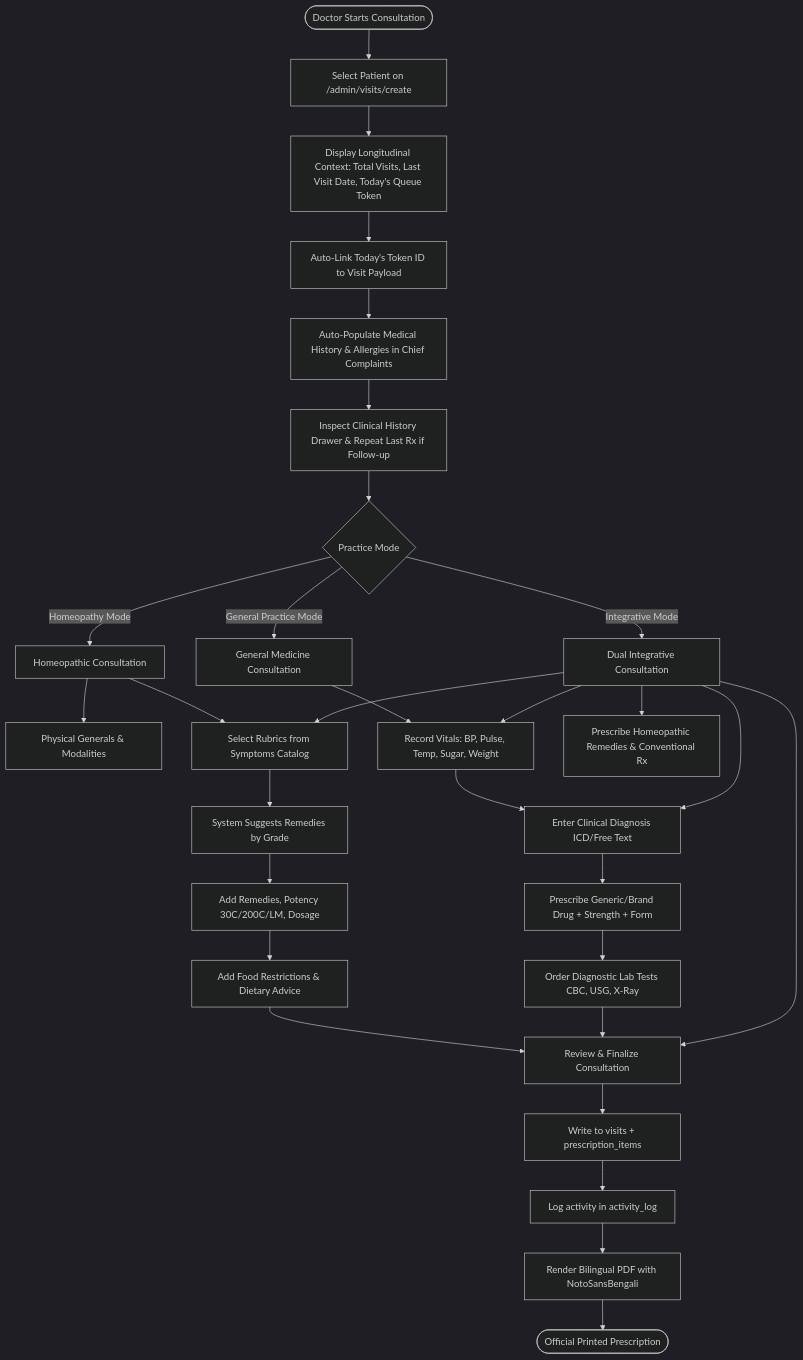
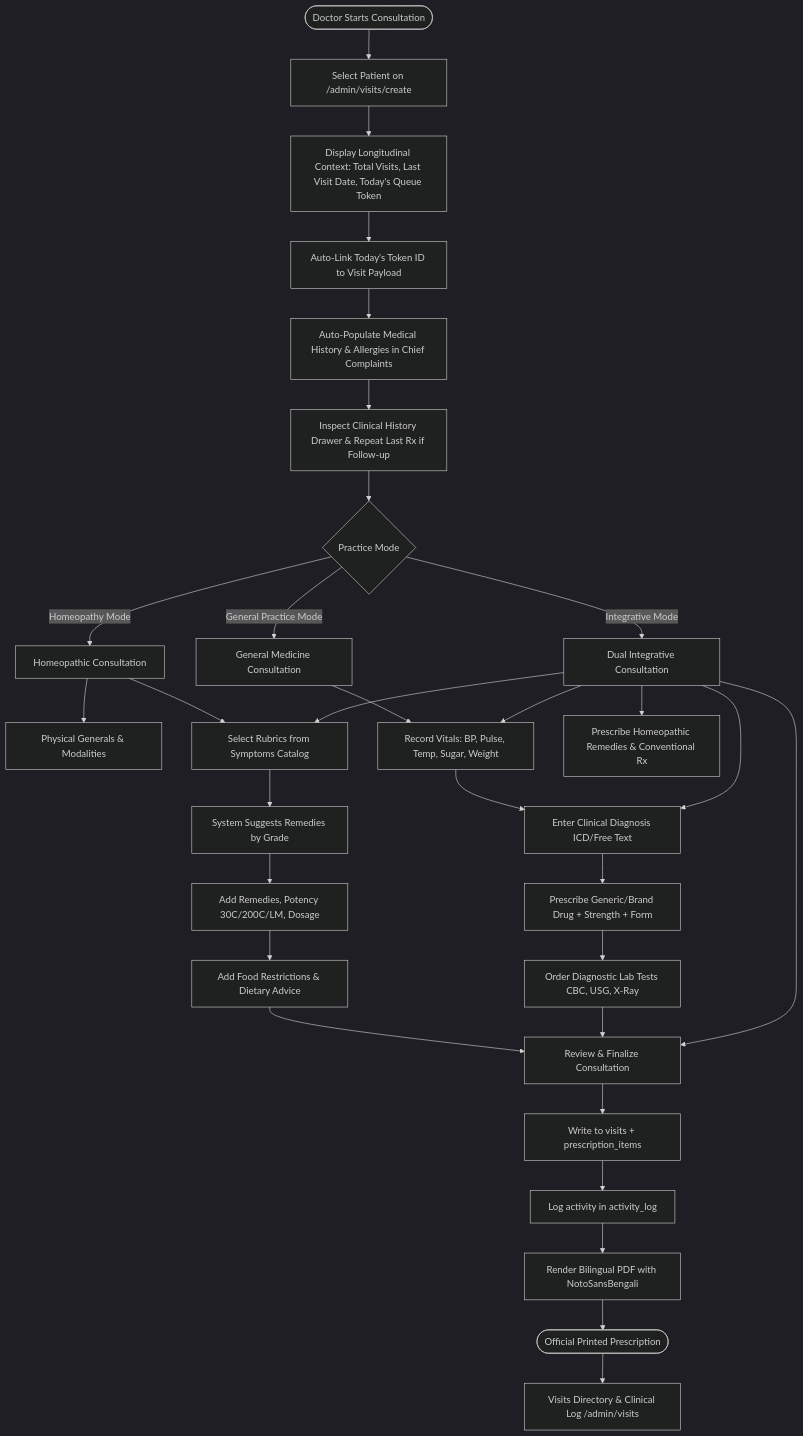
The third of 11 diagrams in 02_AppFlow.md (SH4RTH4K/Clinic-System), drawn with Mermaid (dark theme) before and after one commit. The commit also changed other lines of this file and 222 other files, not shown here.

Commit message:
feat(visits): implement visits directory search, quick filters, KPIs, mobile cards, and CSV export

````diff
--- a/02_AppFlow.md
+++ b/02_AppFlow.md
@@ -92,40 +92,41 @@
 ```mermaid
 flowchart TD
     StartConsult([Doctor Starts Consultation]) --> SelectPat[Select Patient on /admin/visits/create]
     SelectPat --> LongContext[Display Longitudinal Context: Total Visits, Last Visit Date, Today's Queue Token]
     LongContext --> AutoLinkToken[Auto-Link Today's Token ID to Visit Payload]
     AutoLinkToken --> AutoHist[Auto-Populate Medical History & Allergies in Chief Complaints]
     AutoHist --> CheckPast[Inspect Clinical History Drawer & Repeat Last Rx if Follow-up]
     CheckPast --> CheckMode{Practice Mode}
     
     %% Homeopathy Path
     CheckMode -- Homeopathy Mode --> HomeoWorkbench[Homeopathic Consultation]
     HomeoWorkbench --> CollectGenerals[Physical Generals & Modalities]
     HomeoWorkbench --> SelectRubrics[Select Rubrics from Symptoms Catalog]
     SelectRubrics --> AutoRepertorize[System Suggests Remedies by Grade]
     AutoRepertorize --> PrescribeRemedy[Add Remedies, Potency 30C/200C/LM, Dosage]
     PrescribeRemedy --> AddDietary[Add Food Restrictions & Dietary Advice]
     AddDietary --> FinalizeCommon[Review & Finalize Consultation]
 
     %% General Practice / Allopathy Path
     CheckMode -- General Practice Mode --> AllopathWorkbench[General Medicine Consultation]
     AllopathWorkbench --> RecordVitals[Record Vitals: BP, Pulse, Temp, Sugar, Weight]
     RecordVitals --> RecordDiagnosis[Enter Clinical Diagnosis ICD/Free Text]
     RecordDiagnosis --> PrescribePharma[Prescribe Generic/Brand Drug + Strength + Form]
     PrescribePharma --> OrderLabs[Order Diagnostic Lab Tests CBC, USG, X-Ray]
     OrderLabs --> FinalizeCommon
 
     %% Integrative Path
     CheckMode -- Integrative Mode --> DualWorkbench[Dual Integrative Consultation]
     DualWorkbench --> RecordVitals
     DualWorkbench --> SelectRubrics
     DualWorkbench --> RecordDiagnosis
     DualWorkbench --> PrescribeCombined[Prescribe Homeopathic Remedies & Conventional Rx]
     DualWorkbench --> FinalizeCommon
 
     %% Finalization
     FinalizeCommon --> LockRecord[Write to visits + prescription_items]
     LockRecord --> AuditTrail[Log activity in activity_log]
     AuditTrail --> PDFGen[Render Bilingual PDF with NotoSansBengali]
     PDFGen --> PDFOutput([Official Printed Prescription])
+    PDFOutput --> PostConsultRegistry[Visits Directory & Clinical Log /admin/visits]
 ```
````
